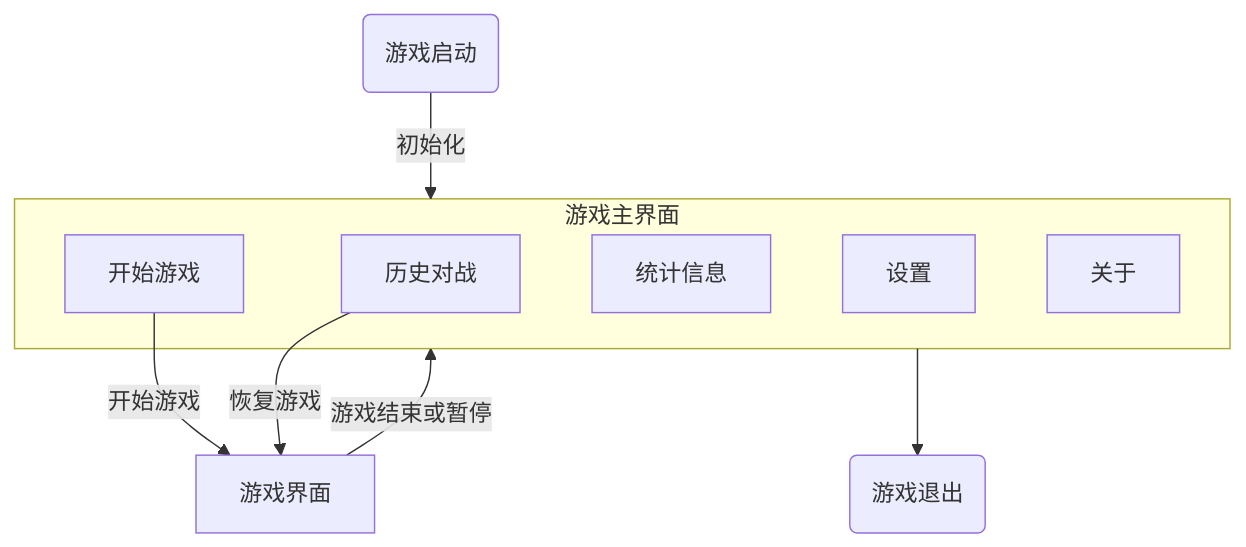
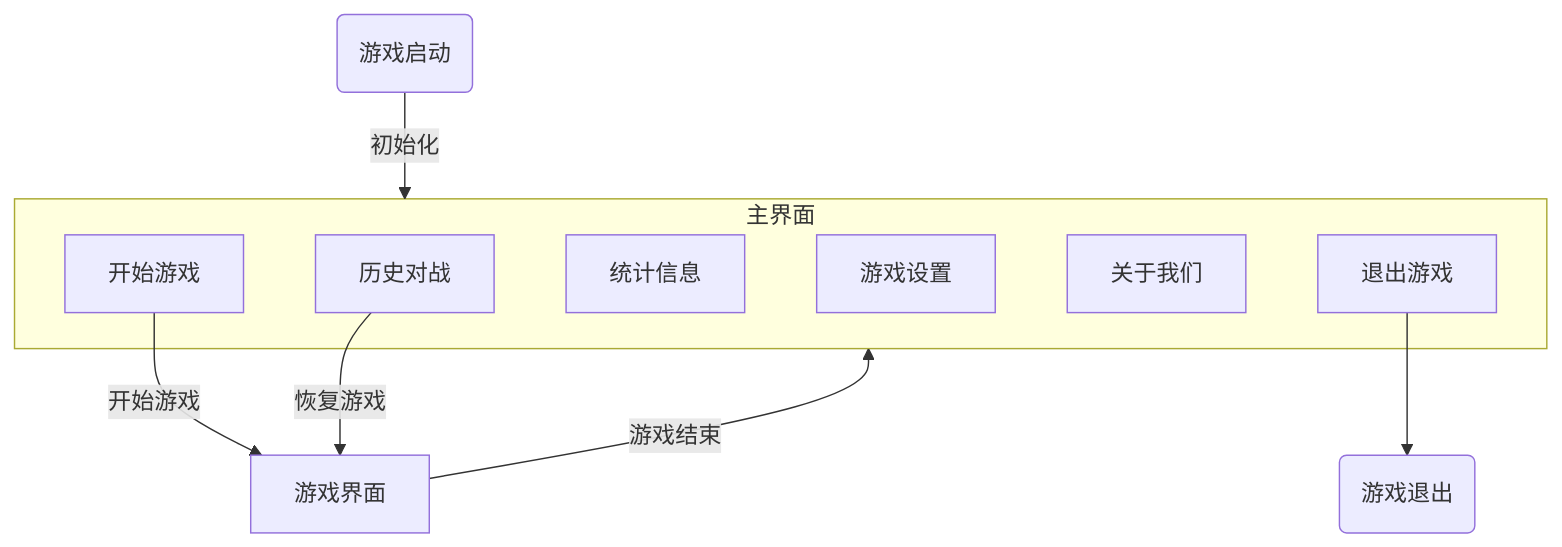
One commit to JesseSenior/pyGobang changed the diagram in doc/Project Report.md. Above: the diagram before and after it, drawn with Mermaid. The commit also changed other lines of this file and 13 other files, not shown here.

````diff
--- a/doc/Project Report.md
+++ b/doc/Project Report.md
@@ -44,19 +44,20 @@
 ```mermaid
 flowchart TD
     start_(游戏启动)
-    subgraph main_screen [游戏主界面]
+    subgraph main_screen [主界面]
     history_game[历史对战]
     start_game[开始游戏]
     statistic_info[统计信息]
-    game_settings[设置]
-    about_us[关于]
+    game_settings[游戏设置]
+    about_us[关于我们]
+    exit[退出游戏]
     end
     game_screen[游戏界面]
     end_(游戏退出)
 
     start_--初始化-->main_screen
     start_game --开始游戏--> game_screen
     history_game --恢复游戏--> game_screen
-    game_screen --游戏结束或暂停--> main_screen
-    main_screen --> end_
+    game_screen --游戏结束--> main_screen
+    exit --> end_
 ```
````
